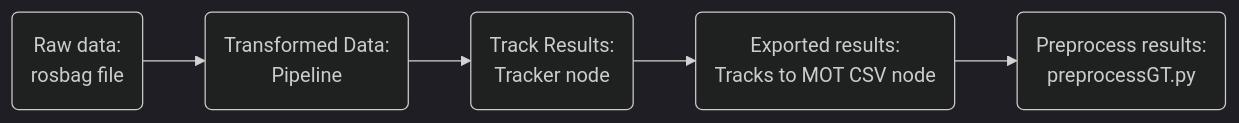
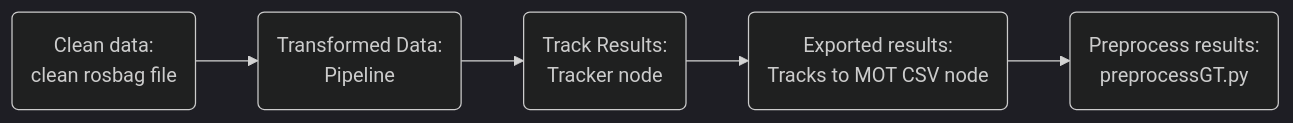
One commit to adrian-soch/cam_lidar_framework changed the second of 2 diagrams in Metrics/README.md. Above: the diagram before and after it, drawn with Mermaid (dark theme). The commit also changed other lines of this file and 1 other file, not shown here.

````diff
--- a/Metrics/README.md
+++ b/Metrics/README.md
@@ -24,7 +29,7 @@
 ```mermaid
 graph LR;
-    RawData(Raw data: \n rosbag file)-->Trans(Transformed Data: \n Pipeline);
+    RawData(Clean data: \n clean rosbag file)-->Trans(Transformed Data: \n Pipeline);
     Trans-->GroundTruth(Track Results: \n Tracker node);
     GroundTruth-->ExportedFormat(Exported results: \n Tracks to MOT CSV node);
     ExportedFormat-->Final(Preprocess results: \n preprocessGT.py)
 ```
````
